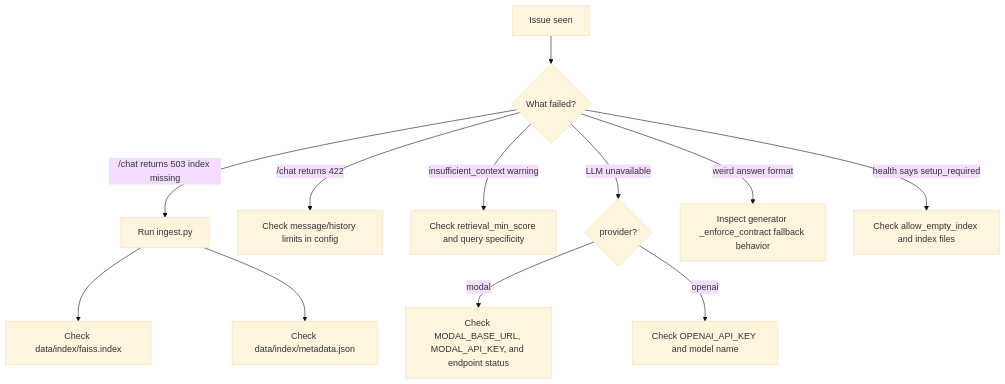
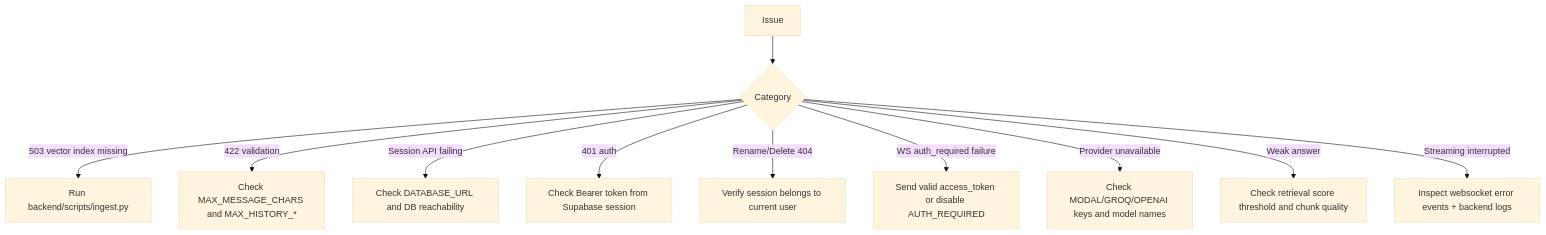
Before and after one commit to PavansaiBheemisetty/GitaGPT-Mentor: the fifth of 5 diagrams in RAG_DIAGRAMS_AND_CHEATSHEET.md, drawn with Mermaid (base theme). The commit also changed other lines of this file and 3 other files, not shown here.

````diff
--- a/RAG_DIAGRAMS_AND_CHEATSHEET.md
+++ b/RAG_DIAGRAMS_AND_CHEATSHEET.md
@@ -164,20 +195,14 @@
 ```mermaid
 flowchart TD
-    A[Issue seen] --> B{What failed?}
+    A[Issue] --> B{Category}
 
-    B -->|/chat returns 503 index missing| C[Run ingest.py]
-    C --> D[Check data/index/faiss.index]
-    C --> E[Check data/index/metadata.json]
-
-    B -->|/chat returns 422| F[Check message/history limits in config]
-
-    B -->|insufficient_context warning| G[Check retrieval_min_score and query specificity]
-
-    B -->|LLM unavailable| H{provider?}
-    H -->|modal| I[Check MODAL_BASE_URL, MODAL_API_KEY, and endpoint status]
-    H -->|openai| J[Check OPENAI_API_KEY and model name]
-
-    B -->|weird answer format| K[Inspect generator _enforce_contract fallback behavior]
-
-    B -->|health says setup_required| L[Check allow_empty_index and index files]
+    B -->|503 vector index missing| C[Run backend/scripts/ingest.py]
+    B -->|422 validation| D[Check MAX_MESSAGE_CHARS and MAX_HISTORY_*]
+    B -->|Session API failing| E[Check DATABASE_URL and DB reachability]
+    B -->|401 auth| F[Check Bearer token from Supabase session]
+    B -->|Rename/Delete 404| J[Verify session belongs to current user]
+    B -->|WS auth_required failure| K[Send valid access_token or disable AUTH_REQUIRED]
+    B -->|Provider unavailable| G[Check MODAL/GROQ/OPENAI keys and model names]
+    B -->|Weak answer| H[Check retrieval score threshold and chunk quality]
+    B -->|Streaming interrupted| I[Inspect websocket error events + backend logs]
 ```
````
